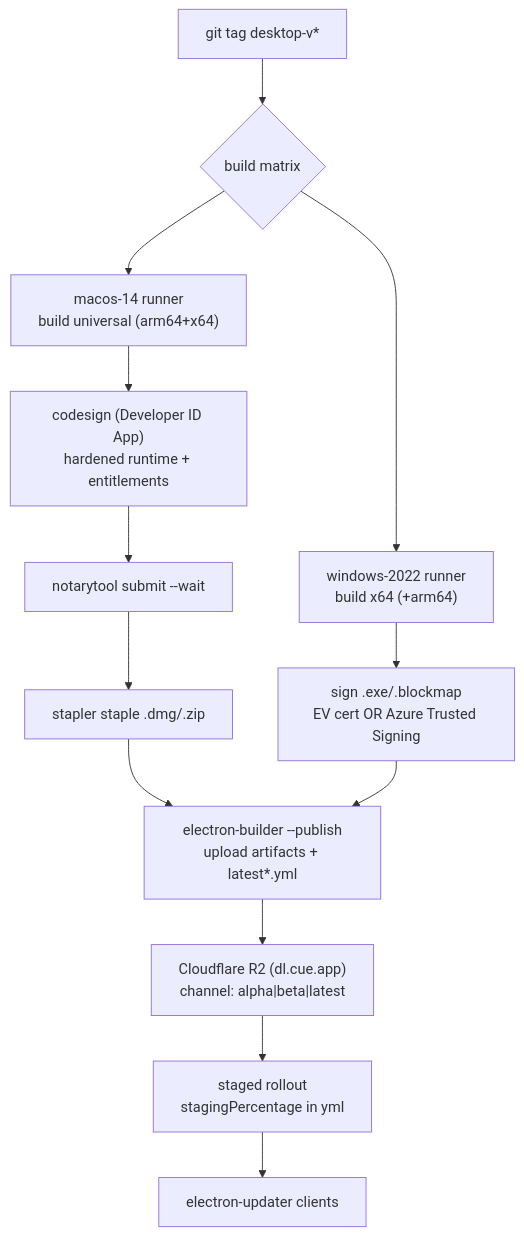
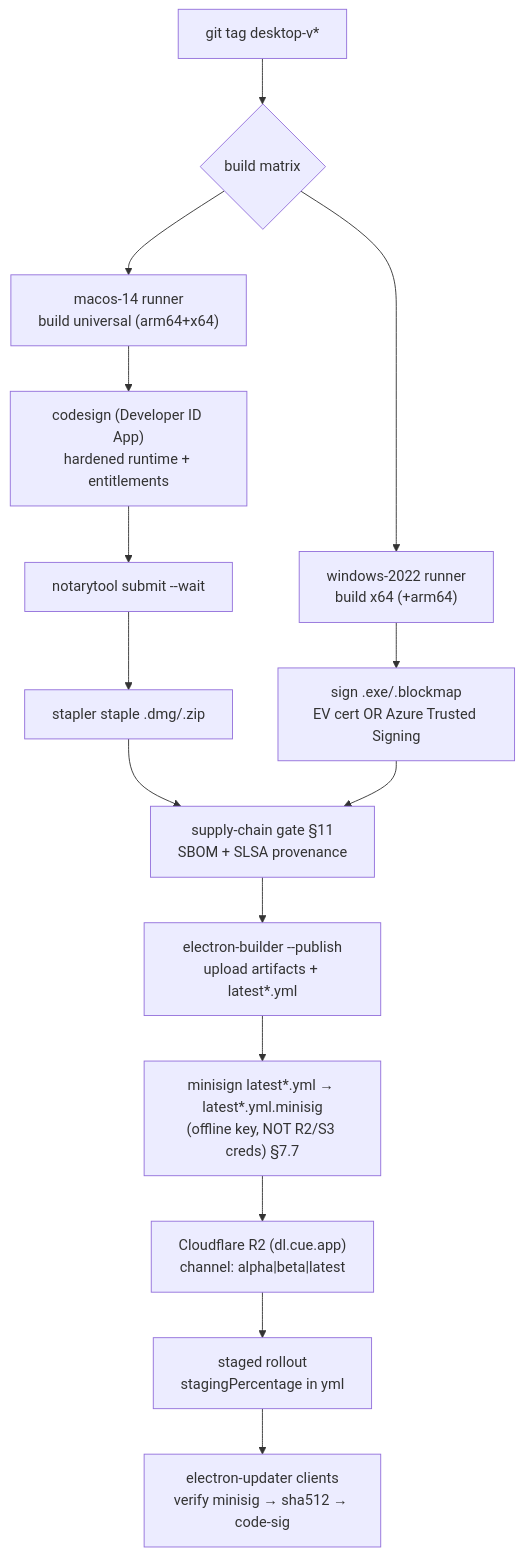
The fourth of 5 diagrams in docs/60-devops-infrastructure.md (DarwinCamahalan/meeting-note-taker-ai), drawn with Mermaid before and after one commit. The commit also changed other lines of this file and 10 other files, not shown here.

````diff
--- a/docs/60-devops-infrastructure.md
+++ b/docs/60-devops-infrastructure.md
@@ -308,18 +308,20 @@
 ```mermaid
 flowchart TB
   TAG["git tag desktop-v*"] --> MTX{build matrix}
   MTX --> MAC["macos-14 runner<br/>build universal (arm64+x64)"]
   MTX --> WIN["windows-2022 runner<br/>build x64 (+arm64)"]
 
   MAC --> MSIGN["codesign (Developer ID App)<br/>hardened runtime + entitlements"]
   MSIGN --> NOTAR["notarytool submit --wait"]
   NOTAR --> STAPLE["stapler staple .dmg/.zip"]
 
   WIN --> WSIGN["sign .exe/.blockmap<br/>EV cert OR Azure Trusted Signing"]
 
-  STAPLE --> PUB["electron-builder --publish<br/>upload artifacts + latest*.yml"]
-  WSIGN --> PUB
-  PUB --> R2["Cloudflare R2 (dl.cue.app)<br/>channel: alpha|beta|latest"]
+  STAPLE --> SC["supply-chain gate §11<br/>SBOM + SLSA provenance"]
+  WSIGN --> SC
+  SC --> PUB["electron-builder --publish<br/>upload artifacts + latest*.yml"]
+  PUB --> MSIG["minisign latest*.yml → latest*.yml.minisig<br/>(offline key, NOT R2/S3 creds) §7.7"]
+  MSIG --> R2["Cloudflare R2 (dl.cue.app)<br/>channel: alpha|beta|latest"]
   R2 --> ROLL["staged rollout<br/>stagingPercentage in yml"]
-  ROLL --> UPD["electron-updater clients"]
+  ROLL --> UPD["electron-updater clients<br/>verify minisig → sha512 → code-sig"]
 ```
````
